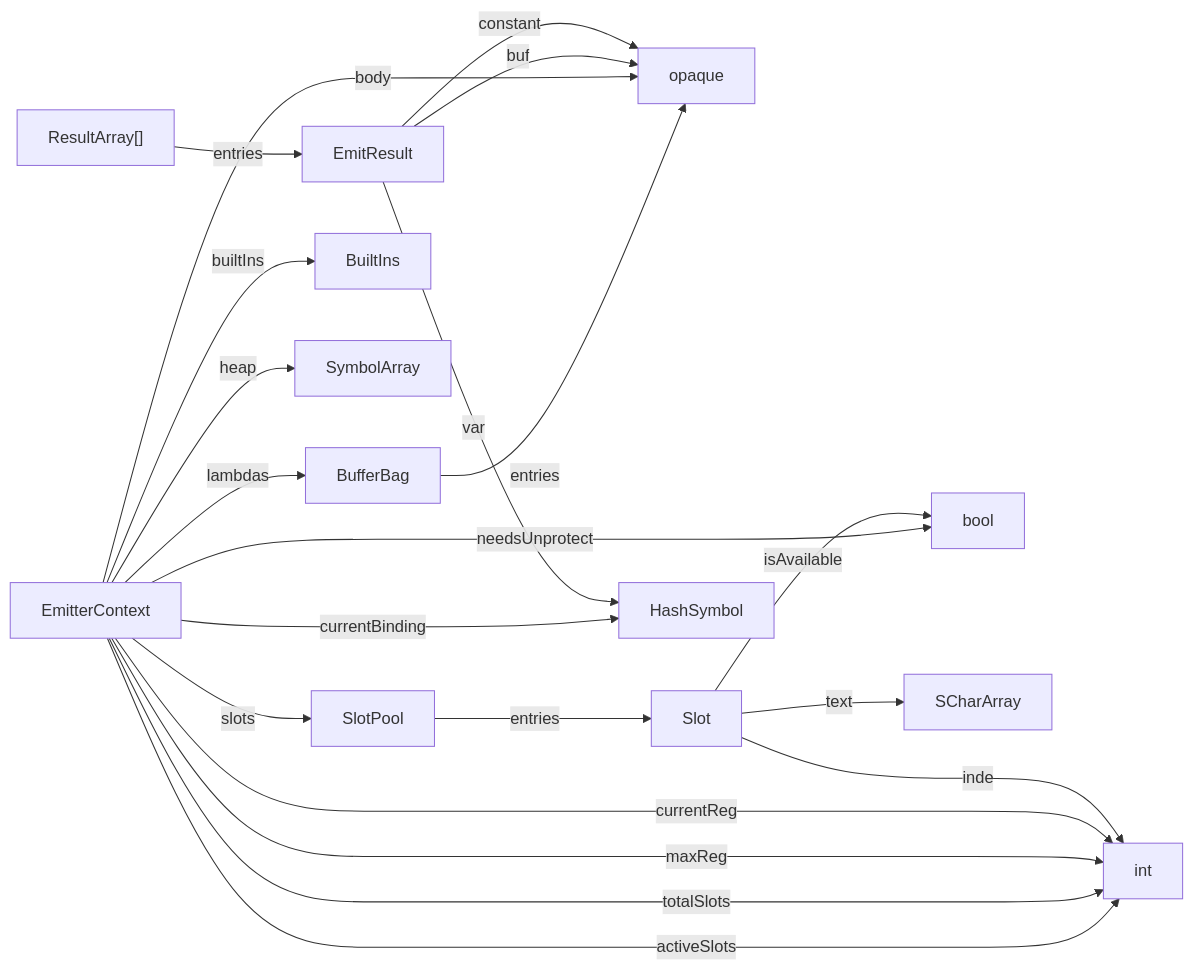
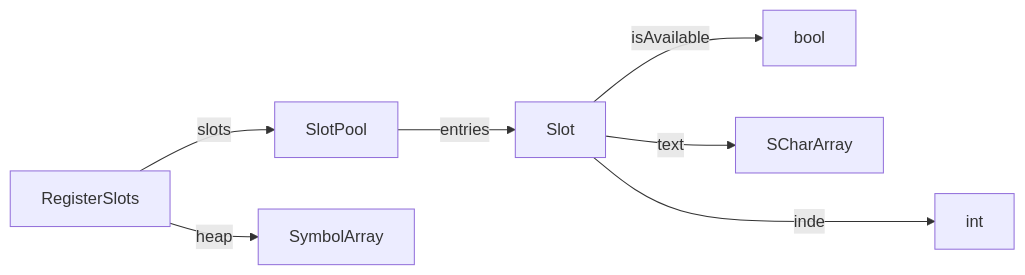
Before and after one commit to billhails/CEKF: the diagram in docs/generated/emit.md, drawn with Mermaid. The commit also changed other lines of this file and 17 other files, not shown here.

````diff
--- a/docs/generated/emit.md
+++ b/docs/generated/emit.md
@@ -5,23 +5,9 @@
 ```mermaid
 flowchart LR
-BufferBag --entries--> opaque
 SlotPool --entries--> Slot
-EmitterContext --currentBinding--> HashSymbol
-EmitterContext --lambdas--> BufferBag
-EmitterContext --body--> opaque
-EmitterContext --builtIns--> BuiltIns
-EmitterContext --slots--> SlotPool
-EmitterContext --heap--> SymbolArray
-EmitterContext --activeSlots--> int
-EmitterContext --totalSlots--> int
-EmitterContext --maxReg--> int
-EmitterContext --currentReg--> int
-EmitterContext --needsUnprotect--> bool
 Slot --isAvailable--> bool
 Slot --text--> SCharArray
 Slot --index--> int
-EmitResult --var--> HashSymbol
-EmitResult --buf--> opaque
-EmitResult --constant--> opaque
-ResultArray["ResultArray[]"] --entries--> EmitResult
+RegisterSlots --slots--> SlotPool
+RegisterSlots --heap--> SymbolArray
 ```
````
